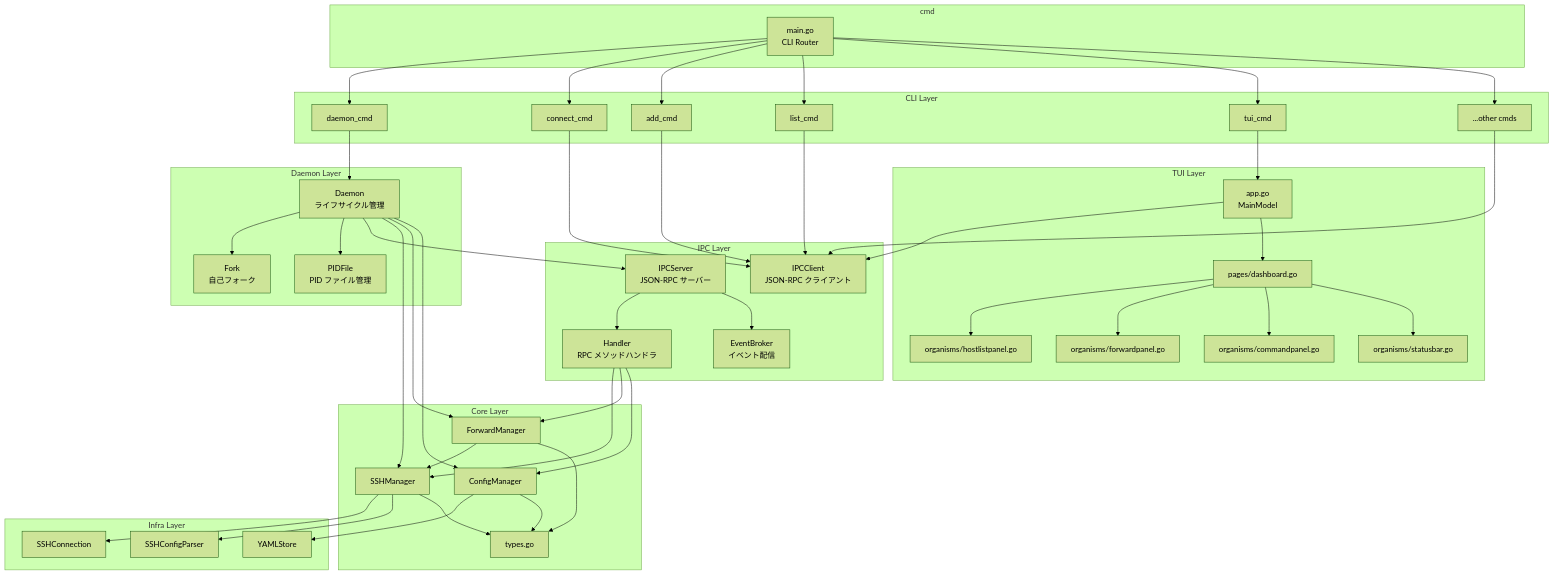
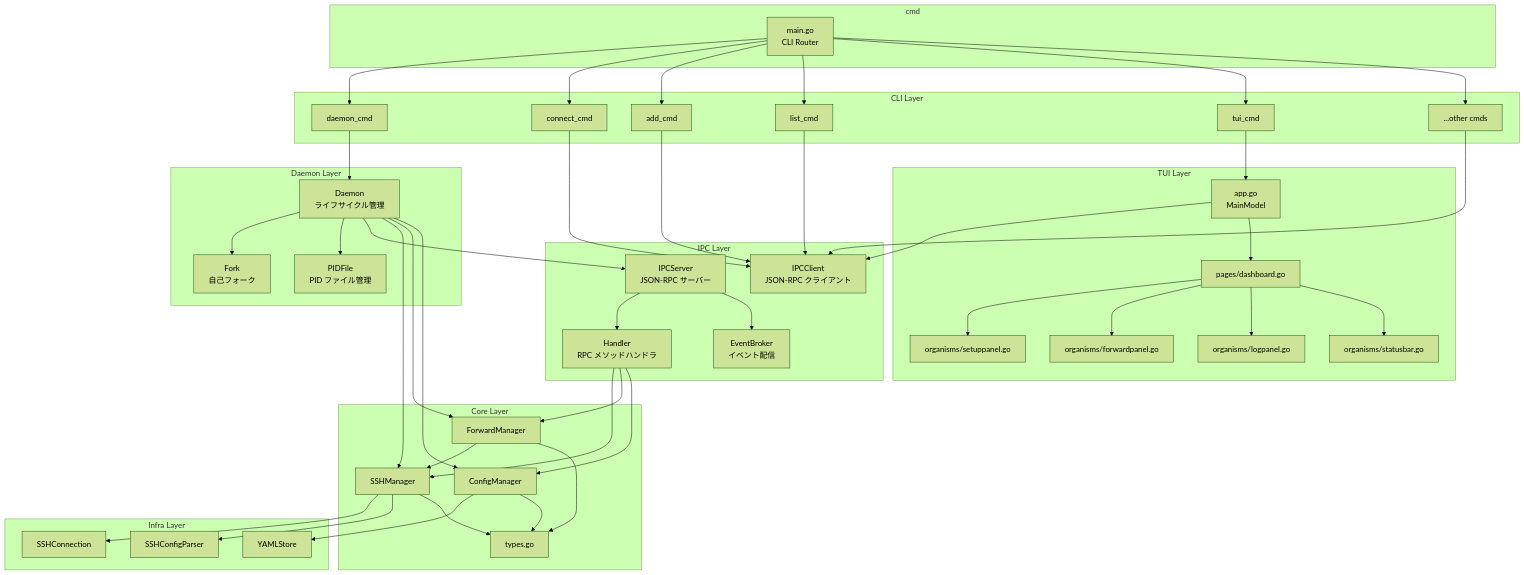
One commit to ousiassllc/MolePort changed the first of 5 diagrams in docs/components/overview.md. Above: the diagram before and after it, drawn with Mermaid (forest theme). The commit also changed other lines of this file, not shown here.

```diff
--- a/docs/components/overview.md
+++ b/docs/components/overview.md
@@ -37,9 +37,9 @@
     subgraph "TUI Layer"
         App["app.go<br/>MainModel"]
         Dashboard["pages/dashboard.go"]
-        HLP["organisms/hostlistpanel.go"]
+        SP["organisms/setuppanel.go"]
         FP["organisms/forwardpanel.go"]
-        CP["organisms/commandpanel.go"]
+        LP["organisms/logpanel.go"]
         SB["organisms/statusbar.go"]
     end
 
@@ -79,9 +79,9 @@
     TUICmd --> App
     App --> IPCCli
     App --> Dashboard
-    Dashboard --> HLP
+    Dashboard --> SP
     Dashboard --> FP
-    Dashboard --> CP
+    Dashboard --> LP
     Dashboard --> SB
 
     IPCSrv --> Handler
```
